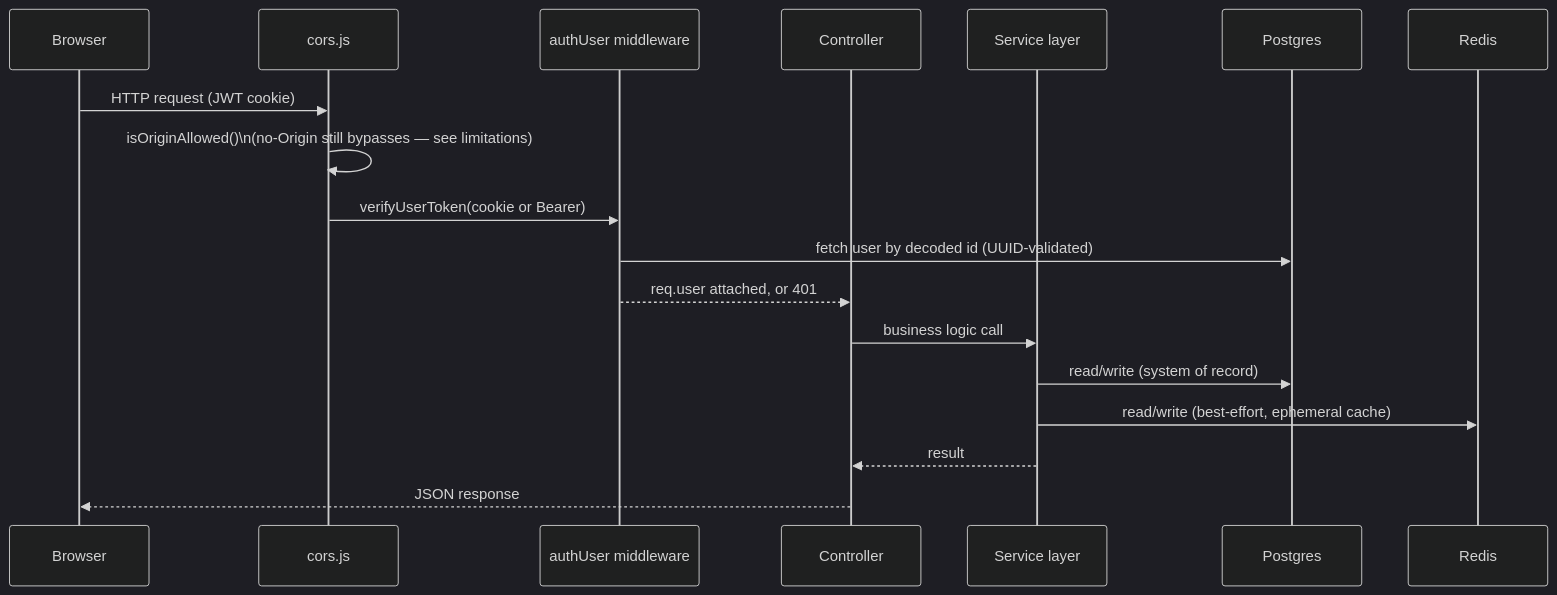
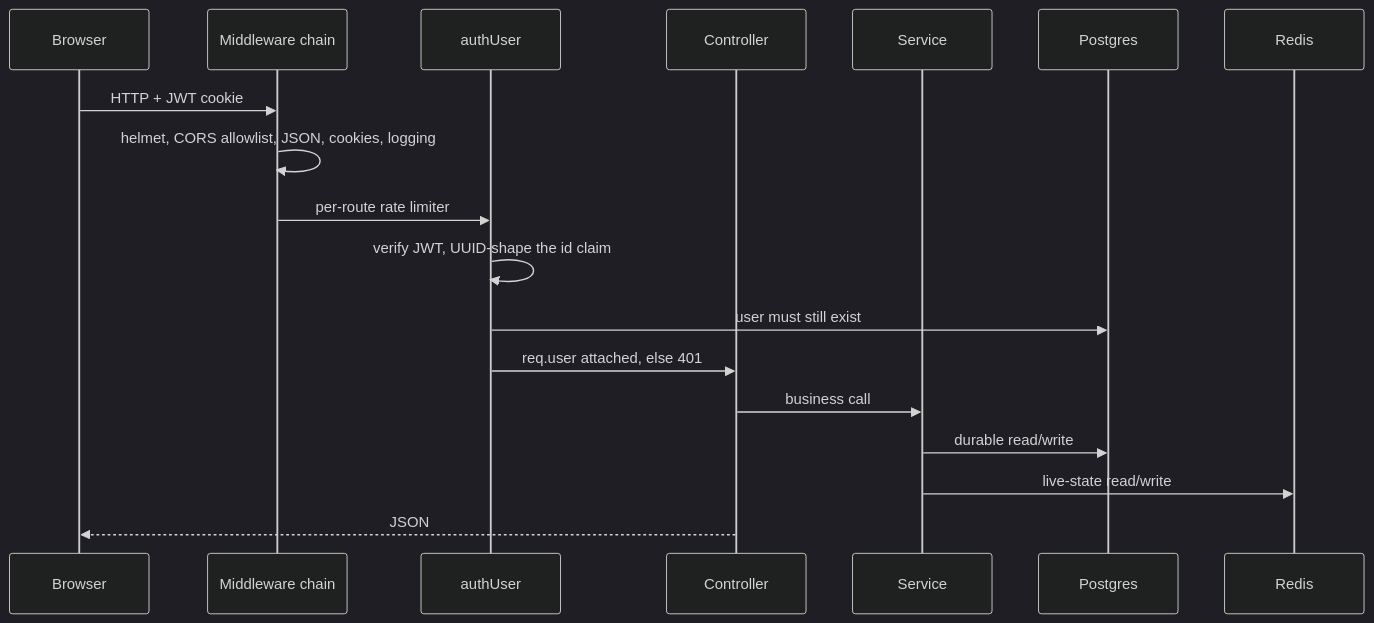
The second of 7 diagrams in FINAL_ARCHITECTURE_SUMMARY.md (somanatha-dev/RobotX-Admin-Dashboard), drawn with Mermaid (dark theme) before and after one commit. The commit also changed other lines of this file and 154 other files, not shown here.

````diff
--- a/FINAL_ARCHITECTURE_SUMMARY.md
+++ b/FINAL_ARCHITECTURE_SUMMARY.md
@@ -101,21 +73,21 @@
 ```mermaid
 sequenceDiagram
-    participant Browser
-    participant CORS as cors.js
-    participant Auth as authUser middleware
-    participant Controller
-    participant Service as Service layer
-    participant DB as Postgres
-    participant Redis
+    participant B as Browser
+    participant MW as Middleware chain
+    participant A as authUser
+    participant C as Controller
+    participant S as Service
+    participant PG as Postgres
+    participant RD as Redis
 
-    Browser->>CORS: HTTP request (JWT cookie)
-    CORS->>CORS: isOriginAllowed()\n(no-Origin still bypasses — see limitations)
-    CORS->>Auth: verifyUserToken(cookie or Bearer)
-    Auth->>DB: fetch user by decoded id (UUID-validated)
-    Auth-->>Controller: req.user attached, or 401
-    Controller->>Service: business logic call
-    Service->>DB: read/write (system of record)
-    Service->>Redis: read/write (best-effort, ephemeral cache)
-    Service-->>Controller: result
-    Controller-->>Browser: JSON response
+    B->>MW: HTTP + JWT cookie
+    MW->>MW: helmet, CORS allowlist, JSON, cookies, logging
+    MW->>A: per-route rate limiter
+    A->>A: verify JWT, UUID-shape the id claim
+    A->>PG: user must still exist
+    A->>C: req.user attached, else 401
+    C->>S: business call
+    S->>PG: durable read/write
+    S->>RD: live-state read/write
+    C-->>B: JSON
 ```
````
